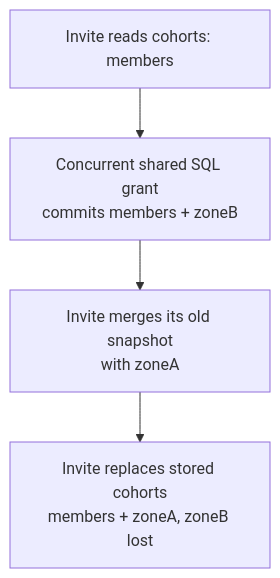
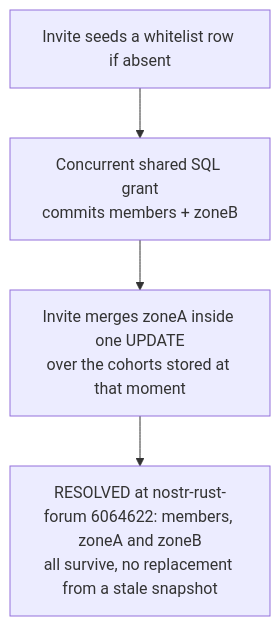
The second of 6 diagrams in docs/diagrams/nostr-rust-forum/25-membership-lifecycle-and-admin-consistency.md (DreamLab-AI/VisionFlow), drawn with Mermaid before and after one commit. The commit also changed other lines of this file and 59 other files, not shown here.

First line of the commit message:
docs(diagrams): re-derive and re-stamp forum, website, pod, ontomark and sealmap topics

````diff
--- a/docs/diagrams/nostr-rust-forum/25-membership-lifecycle-and-admin-consistency.md
+++ b/docs/diagrams/nostr-rust-forum/25-membership-lifecycle-and-admin-consistency.md
@@ -56,12 +56,12 @@
 ```mermaid
 flowchart TB
-    %% Source: ../nostr-rust-forum/crates/nostr-bbs-auth-worker/src/invites.rs:261
-    A["Invite reads cohorts: members"]
+    %% Source: ../nostr-rust-forum/crates/nostr-bbs-auth-worker/src/invites.rs:238
+    A["Invite seeds a whitelist row if absent"]
     %% Source: ../nostr-rust-forum/crates/nostr-bbs-core/src/whitelist_sql.rs:73
     B["Concurrent shared SQL grant<br/>commits members + zoneB"]
-    %% Source: ../nostr-rust-forum/crates/nostr-bbs-auth-worker/src/invites.rs:268
-    C["Invite merges its old snapshot<br/>with zoneA"]
-    %% Source: ../nostr-rust-forum/crates/nostr-bbs-auth-worker/src/invites.rs:271
-    D["Invite replaces stored cohorts<br/>members + zoneA, zoneB lost"]
+    %% Source: ../nostr-rust-forum/crates/nostr-bbs-auth-worker/src/invites.rs:263
+    C["Invite merges zoneA inside one UPDATE<br/>over the cohorts stored at that moment"]
+    %% Source: ../nostr-rust-forum/crates/nostr-bbs-auth-worker/src/invites.rs:254
+    D["RESOLVED at nostr-rust-forum 6064622: members, zoneA and zoneB<br/>all survive, no replacement from a stale snapshot"]
     A --> B --> C --> D
 ```
````
